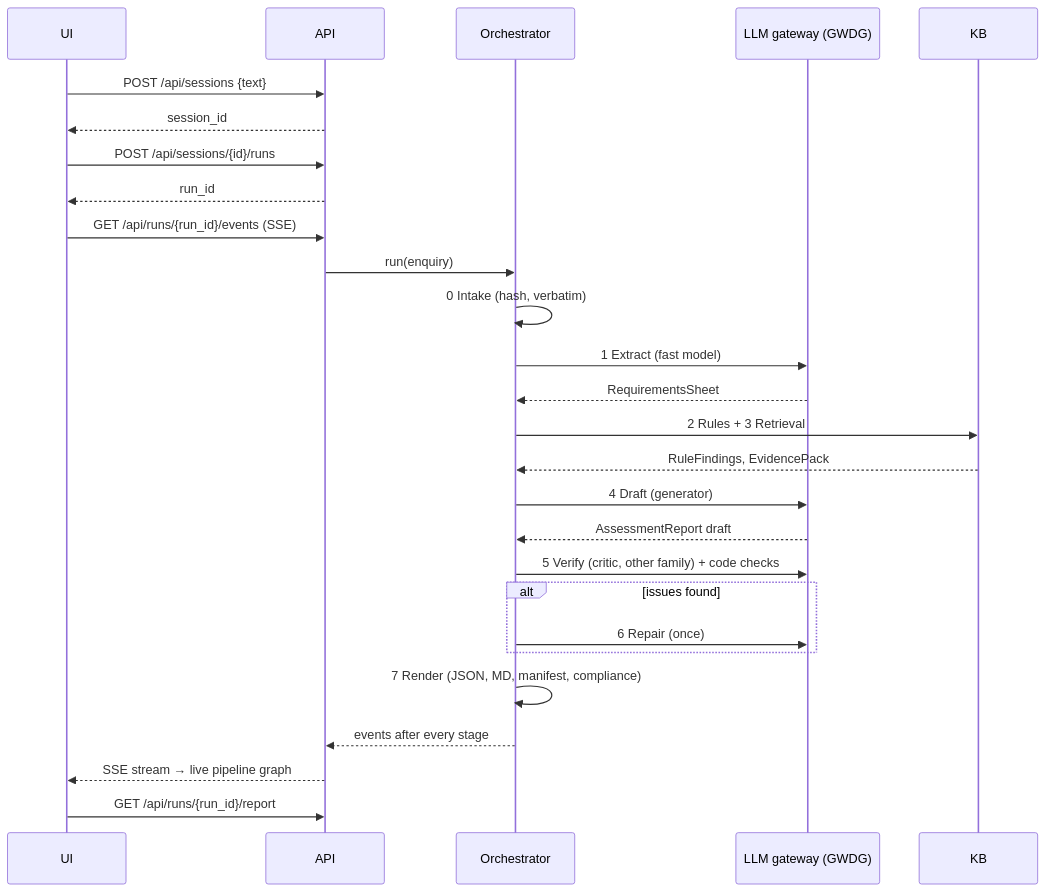
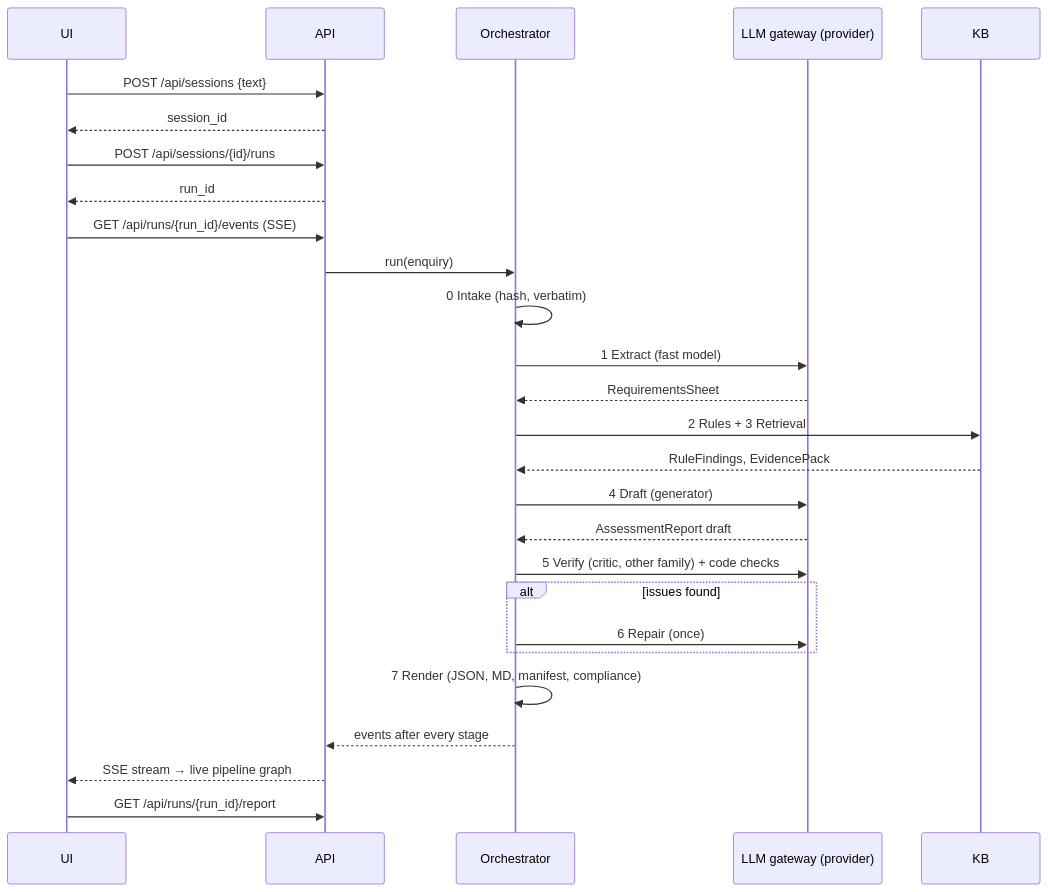
Before and after one commit to m-mahmoud-mohamed/AI-Assistant-for-In-line-Spectroscopy: the third of 3 diagrams in docs/ARCHITECTURE.md, drawn with Mermaid. The commit also changed other lines of this file and 2 other files, not shown here.

First line of the commit message:
docs: make LLM layer provider-agnostic and select best GWDG models

````diff
--- a/docs/ARCHITECTURE.md
+++ b/docs/ARCHITECTURE.md
@@ -118,29 +118,29 @@
 ```mermaid
 sequenceDiagram
   participant UI
   participant API
   participant ORC as Orchestrator
-  participant LLM as LLM gateway (GWDG)
+  participant LLM as LLM gateway (provider)
   participant KB
   UI->>API: POST /api/sessions {text}
   API-->>UI: session_id
   UI->>API: POST /api/sessions/{id}/runs
   API-->>UI: run_id
   UI->>API: GET /api/runs/{run_id}/events (SSE)
   API->>ORC: run(enquiry)
   ORC->>ORC: 0 Intake (hash, verbatim)
   ORC->>LLM: 1 Extract (fast model)
   LLM-->>ORC: RequirementsSheet
   ORC->>KB: 2 Rules + 3 Retrieval
   KB-->>ORC: RuleFindings, EvidencePack
   ORC->>LLM: 4 Draft (generator)
   LLM-->>ORC: AssessmentReport draft
   ORC->>LLM: 5 Verify (critic, other family) + code checks
   alt issues found
     ORC->>LLM: 6 Repair (once)
   end
   ORC->>ORC: 7 Render (JSON, MD, manifest, compliance)
   ORC-->>API: events after every stage
   API-->>UI: SSE stream → live pipeline graph
   UI->>API: GET /api/runs/{run_id}/report
 ```
````
